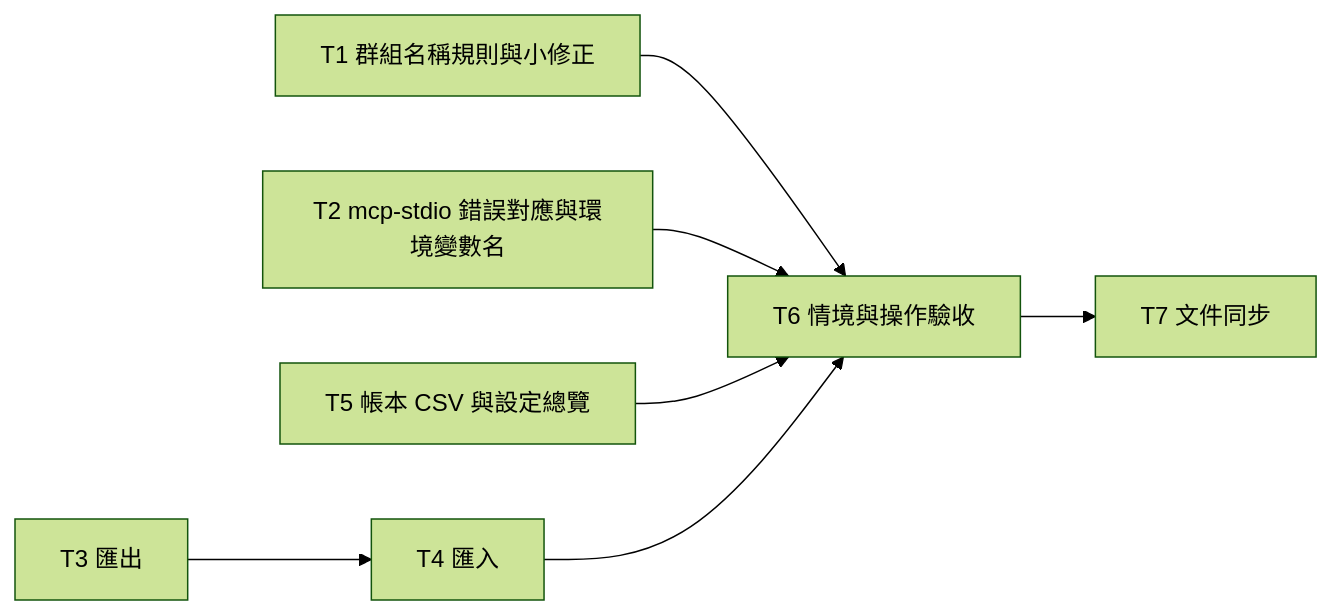
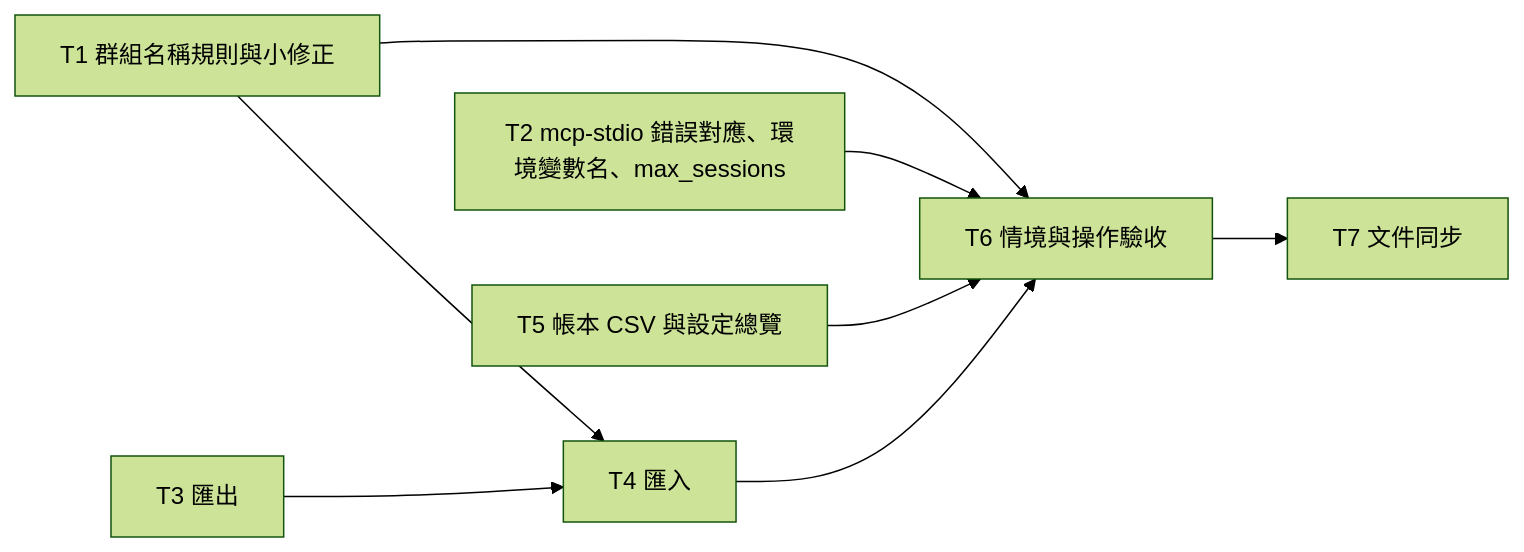
Before and after one commit to kamira/spillway: the third of 3 diagrams in sdlc_docs/changes/CHG-20261102-02.md, drawn with Mermaid (forest theme). The commit also changed other lines of this file and 1 other file, not shown here.

````diff
--- a/sdlc_docs/changes/CHG-20261102-02.md
+++ b/sdlc_docs/changes/CHG-20261102-02.md
@@ -94,9 +112,10 @@
 ```mermaid
 flowchart LR
-  T1[T1 群組名稱規則與小修正] --> T6
-  T2[T2 mcp-stdio 錯誤對應與環境變數名] --> T6
+  T1[T1 群組名稱規則與小修正] --> T4
+  T1 --> T6
+  T2[T2 mcp-stdio 錯誤對應、環境變數名、max_sessions] --> T6
   T3[T3 匯出] --> T4[T4 匯入]
   T5[T5 帳本 CSV 與設定總覽] --> T6
   T4 --> T6[T6 情境與操作驗收]
   T6 --> T7[T7 文件同步]
 ```
````
